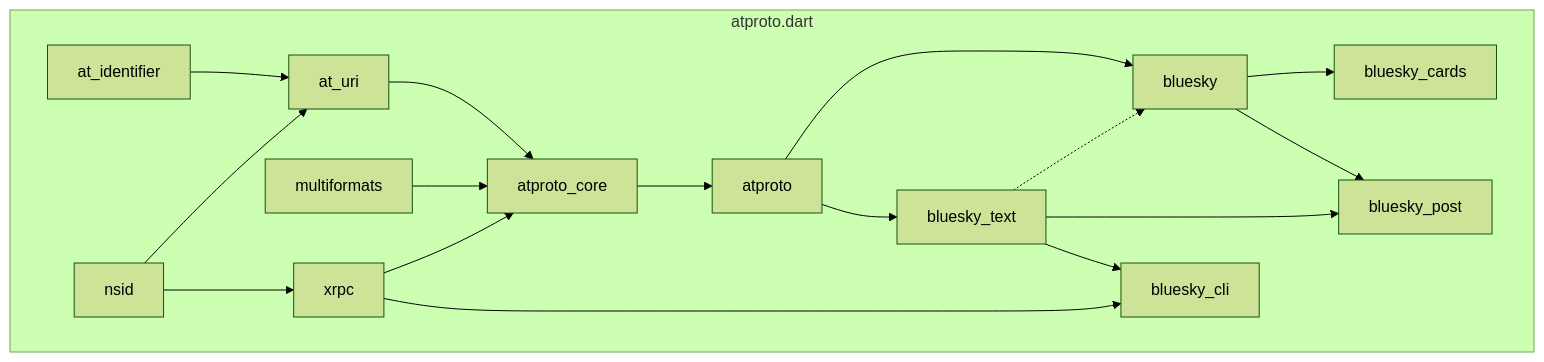
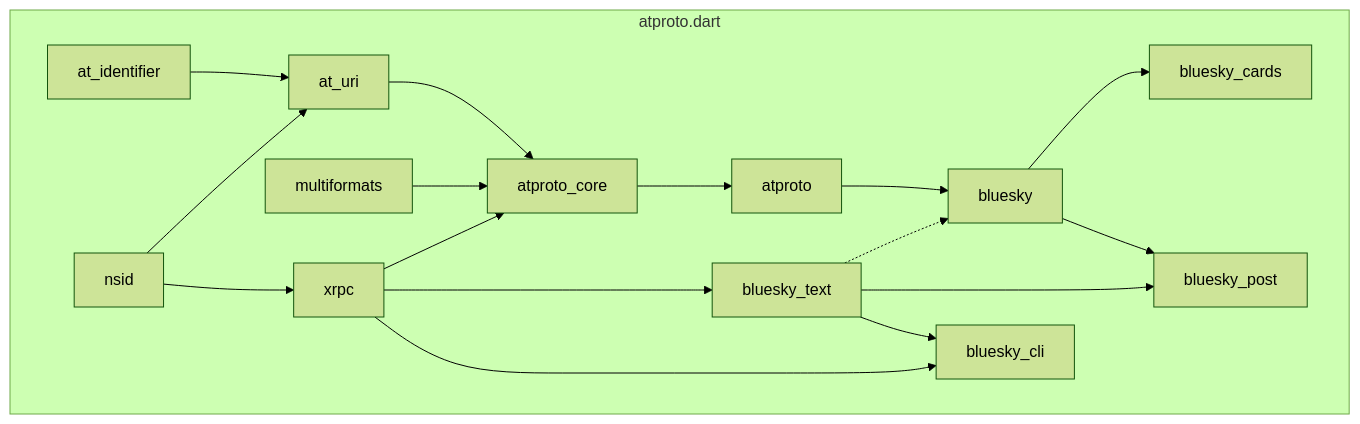
Before and after one commit to myConsciousness/atproto.dart: the diagram in website/docs/packages/overview.md, drawn with Mermaid (forest theme). The commit also changed 6 other files, not shown here.

Commit message:
refactor: replaced `atproto` to `xrpc` (#574)

````diff
--- a/website/docs/packages/overview.md
+++ b/website/docs/packages/overview.md
@@ -58,27 +58,27 @@
 ```mermaid
 flowchart TD
     subgraph atproto.dart
     at_identifier --> at_uri;
     nsid --> at_uri;
     multiformats --> atproto_core;
 
     nsid --> xrpc;
     at_uri --> atproto_core;
     xrpc --> atproto_core;
 
     atproto_core --> atproto;
     atproto --> bluesky;
 
     bluesky --> bluesky_cards
 
     bluesky --> bluesky_post
 
-    atproto --> bluesky_text
+    xrpc --> bluesky_text
 
     xrpc --> bluesky_cli
 
     bluesky_text -.-> bluesky
     bluesky_text --> bluesky_post
     bluesky_text --> bluesky_cli
     end
 ```
````
